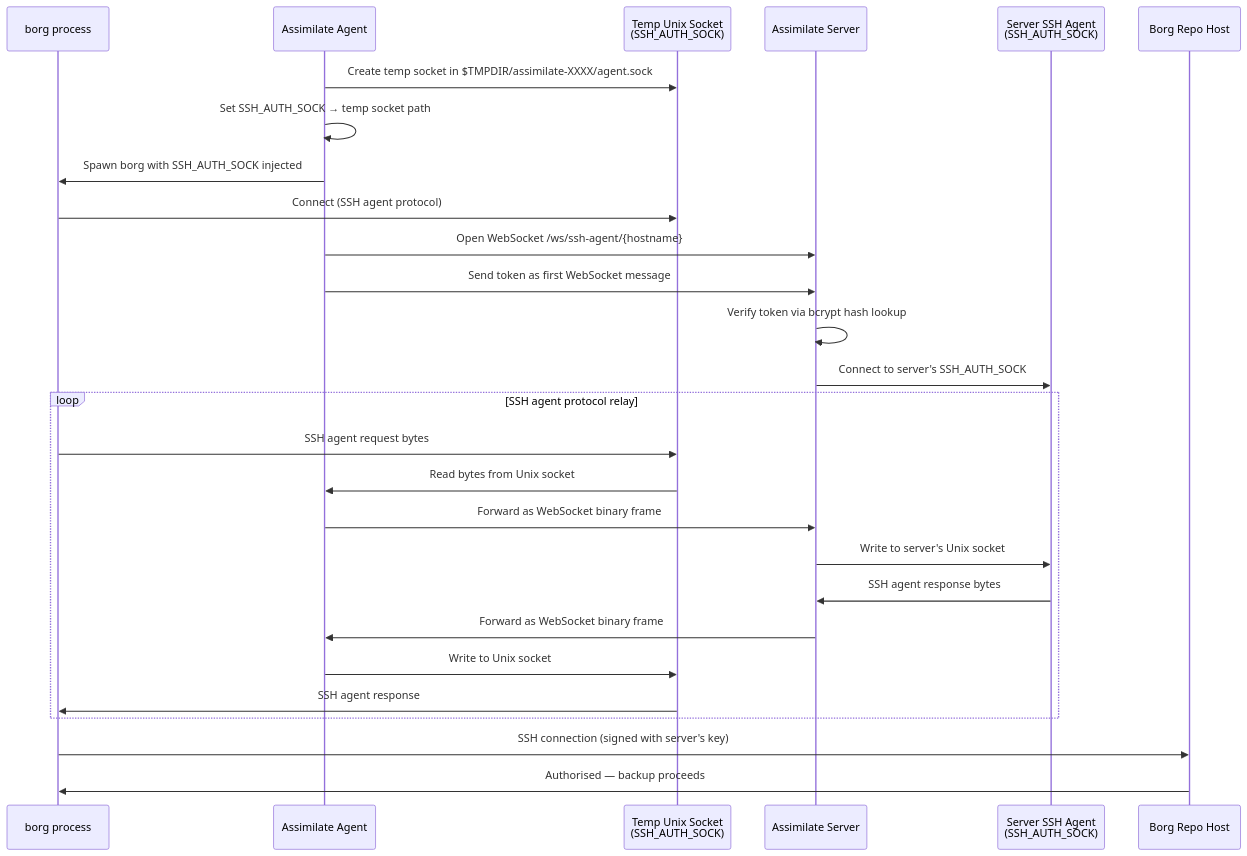
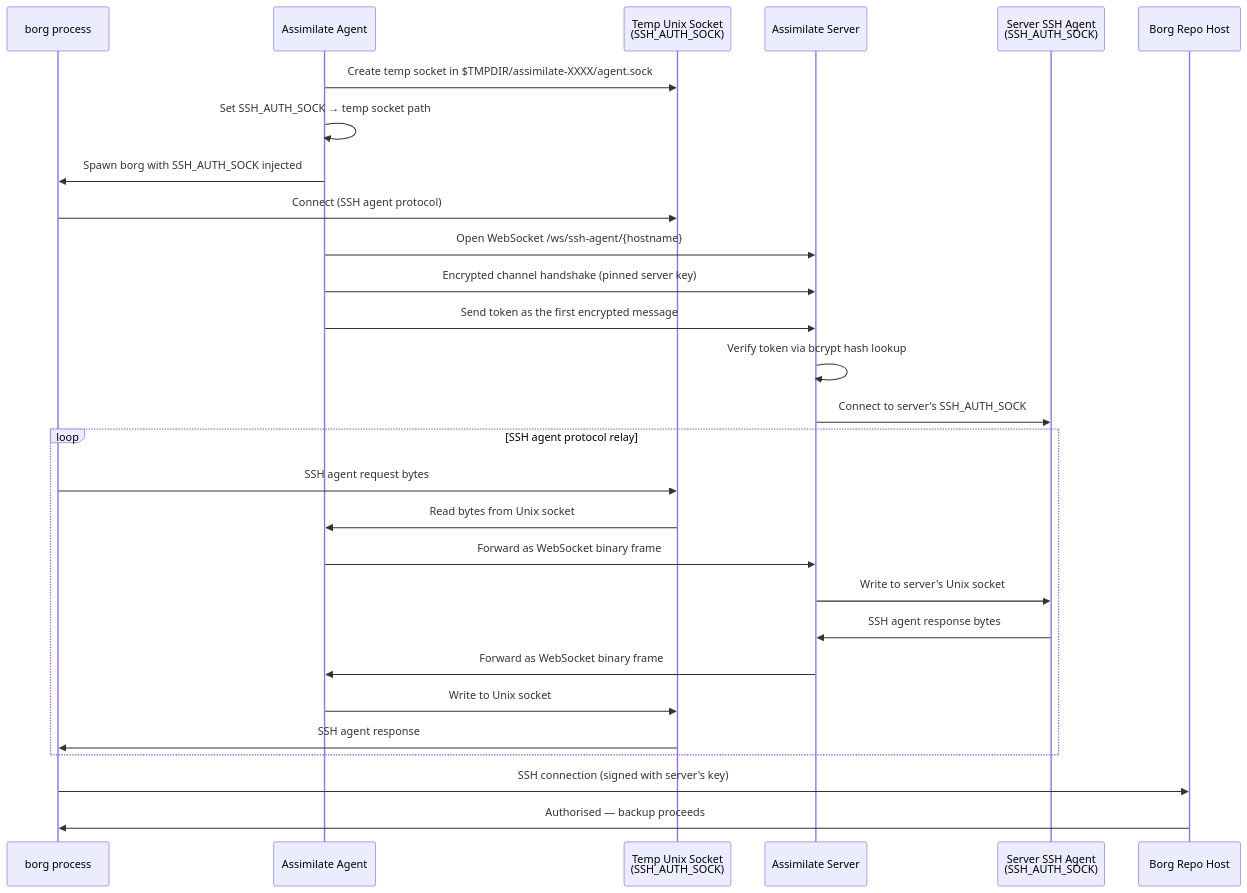
One commit to alexmohr/assimilate changed the diagram in docs/ssh-agent-forwarding.md. Above: the diagram before and after it, drawn with Mermaid. The commit also changed other lines of this file and 72 other files, not shown here.

````diff
--- a/docs/ssh-agent-forwarding.md
+++ b/docs/ssh-agent-forwarding.md
@@ -15,33 +15,34 @@
 ```mermaid
 sequenceDiagram
     participant Borg as borg process
     participant Agent as Assimilate Agent
     participant UDS as Temp Unix Socket<br/>(SSH_AUTH_SOCK)
     participant Server as Assimilate Server
     participant LocalAgent as Server SSH Agent<br/>(SSH_AUTH_SOCK)
     participant Repo as Borg Repo Host
 
     Agent->>UDS: Create temp socket in $TMPDIR/assimilate-XXXX/agent.sock
     Agent->>Agent: Set SSH_AUTH_SOCK → temp socket path
     Agent->>Borg: Spawn borg with SSH_AUTH_SOCK injected
 
     Borg->>UDS: Connect (SSH agent protocol)
     Agent->>Server: Open WebSocket /ws/ssh-agent/{hostname}
-    Agent->>Server: Send token as first WebSocket message
+    Agent->>Server: Encrypted channel handshake (pinned server key)
+    Agent->>Server: Send token as the first encrypted message
     Server->>Server: Verify token via bcrypt hash lookup
     Server->>LocalAgent: Connect to server's SSH_AUTH_SOCK
 
     loop SSH agent protocol relay
         Borg->>UDS: SSH agent request bytes
         UDS->>Agent: Read bytes from Unix socket
         Agent->>Server: Forward as WebSocket binary frame
         Server->>LocalAgent: Write to server's Unix socket
         LocalAgent->>Server: SSH agent response bytes
         Server->>Agent: Forward as WebSocket binary frame
         Agent->>UDS: Write to Unix socket
         UDS->>Borg: SSH agent response
     end
 
     Borg->>Repo: SSH connection (signed with server's key)
     Repo->>Borg: Authorised — backup proceeds
 ```
````
